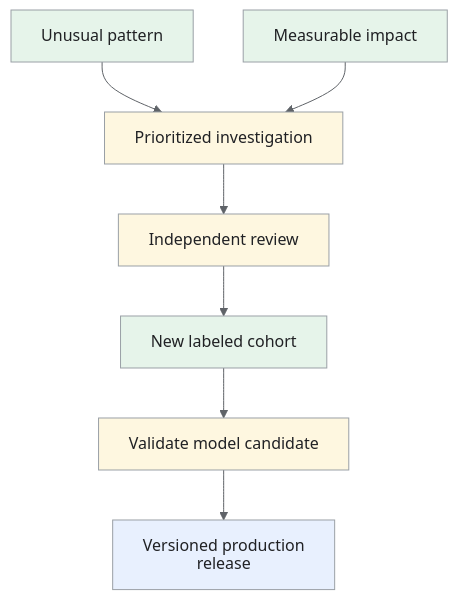
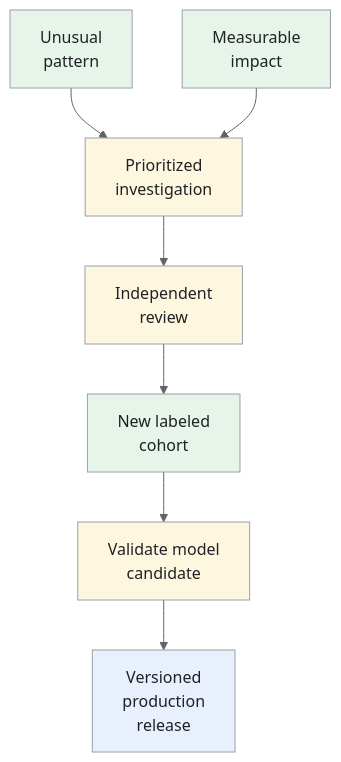
The sixth of 6 diagrams in _designs/bot-detection.md (iliazlobin/iliazlobin.github.io), drawn with Mermaid before and after one commit. The commit also changed other lines of this file and 116 other files, not shown here.

````diff
--- a/_designs/bot-detection.md
+++ b/_designs/bot-detection.md
@@ -348,17 +360,17 @@
 ```mermaid
-%%{init: {'theme':'base','htmlLabels':false,'flowchart':{'htmlLabels':false},'themeVariables':{'fontFamily':'Arial, sans-serif','primaryColor':'#e8f0fe','primaryTextColor':'#202124','primaryBorderColor':'#9aa0a6','lineColor':'#5f6368','secondaryColor':'#e6f4ea','tertiaryColor':'#fef7e0','actorBkg':'#e8f0fe','actorBorder':'#9aa0a6','actorTextColor':'#202124','noteBkgColor':'#fef7e0','noteTextColor':'#202124','noteBorderColor':'#9aa0a6','signalColor':'#5f6368','signalTextColor':'#202124','labelBoxBkgColor':'#fef7e0','labelBoxBorderColor':'#9aa0a6'}}}%%
+%%{init: {'theme':'base','themeVariables':{'primaryColor':'#e8f0fe','primaryTextColor':'#202124','primaryBorderColor':'#9aa0a6','lineColor':'#5f6368','secondaryColor':'#e6f4ea','tertiaryColor':'#fef7e0','actorBkg':'#e8f0fe','actorBorder':'#9aa0a6','actorTextColor':'#202124','noteBkgColor':'#fef7e0','noteTextColor':'#202124','noteBorderColor':'#9aa0a6','signalColor':'#5f6368','signalTextColor':'#202124','labelBoxBkgColor':'#fef7e0','labelBoxBorderColor':'#9aa0a6'}}}%%
 flowchart TB
-  N["Unusual pattern"] --> Q["Prioritized investigation"]
-  I["Measurable impact"] --> Q
-  Q --> R["Independent review"]
-  R --> L["New labeled cohort"]
-  L --> V["Validate model candidate"]
-  V --> P["Versioned production release"]
+  N["Unusual<br>pattern"] --> Q["Prioritized<br>investigation"]
+  I["Measurable<br>impact"] --> Q
+  Q --> R["Independent<br>review"]
+  R --> L["New labeled<br>cohort"]
+  L --> V["Validate model<br>candidate"]
+  V --> P["Versioned<br>production<br>release"]
   class N,I,L data
   class Q,R,V control
   class P request
 classDef request fill:#e8f0fe,stroke:#9aa0a6,color:#202124;
 classDef data fill:#e6f4ea,stroke:#9aa0a6,color:#202124;
 classDef control fill:#fef7e0,stroke:#9aa0a6,color:#202124;
 classDef danger fill:#fce8e6,stroke:#9aa0a6,color:#202124;
 ```
````
